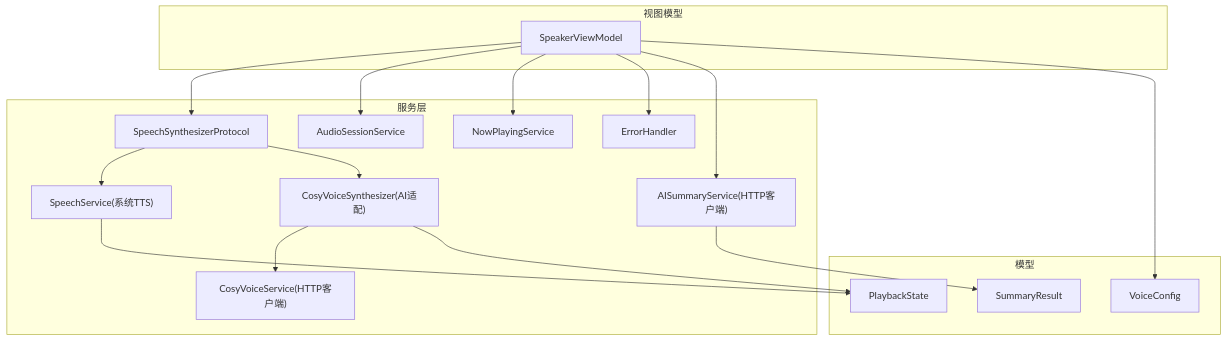
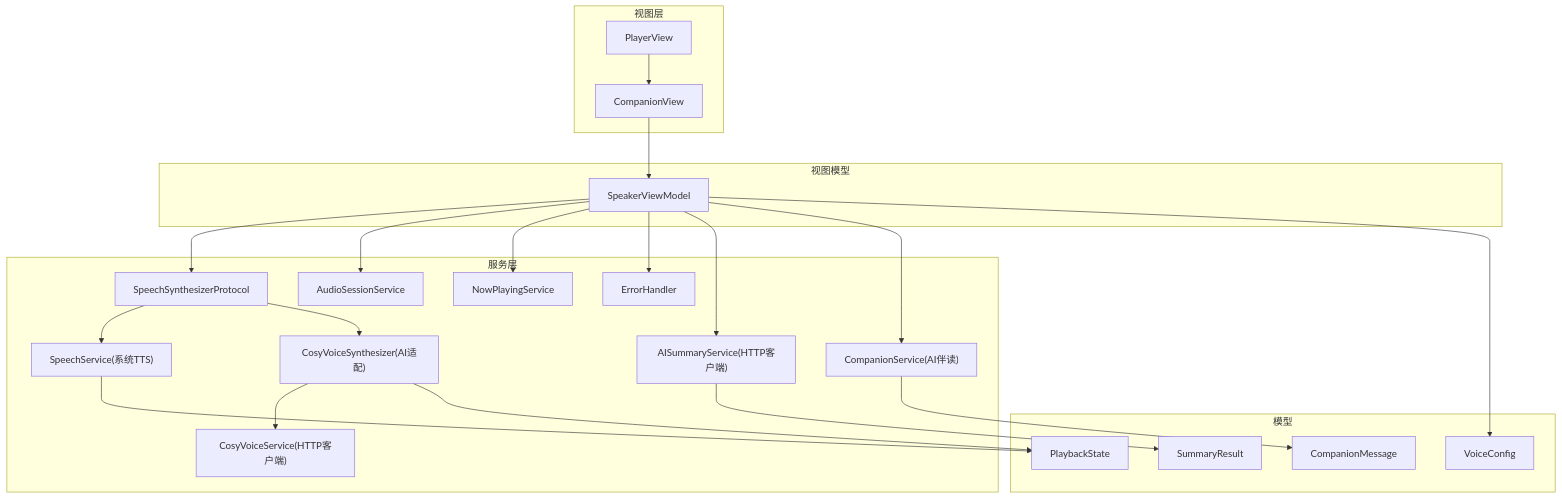
Before and after one commit to Primoguo/Knowledge: the first of 8 diagrams in .qoder/repowiki/zh/content/架构设计/服务层设计/服务层设计.md, drawn with Mermaid. The commit also changed other lines of this file and 32 other files, not shown here.

````diff
--- a/.qoder/repowiki/zh/content/架构设计/服务层设计/服务层设计.md
+++ b/.qoder/repowiki/zh/content/架构设计/服务层设计/服务层设计.md
@@ -37,33 +49,43 @@
 ```mermaid
 graph TB
 subgraph "视图模型"
 VM["SpeakerViewModel"]
 end
 subgraph "服务层"
 P["SpeechSynthesizerProtocol"]
 S["SpeechService(系统TTS)"]
 CS["CosyVoiceSynthesizer(AI适配)"]
 CV["CosyVoiceService(HTTP客户端)"]
 AIS["AISummaryService(HTTP客户端)"]
+COMP["CompanionService(AI伴读)"]
 AS["AudioSessionService"]
 NP["NowPlayingService"]
 EH["ErrorHandler"]
 end
 subgraph "模型"
 PS["PlaybackState"]
 VC["VoiceConfig"]
 SR["SummaryResult"]
+CM["CompanionMessage"]
+end
+subgraph "视图层"
+CVW["CompanionView"]
+PV["PlayerView"]
 end
 VM --> P
 VM --> AS
 VM --> NP
 VM --> EH
 VM --> AIS
+VM --> COMP
 P --> S
 P --> CS
 CS --> CV
 S --> PS
 CS --> PS
 VM --> VC
 AIS --> SR
+COMP --> CM
+CVW --> VM
+PV --> CVW
 ```
````
